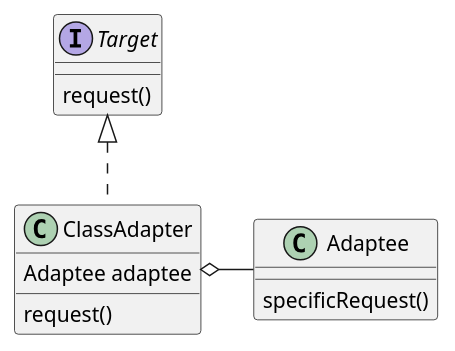
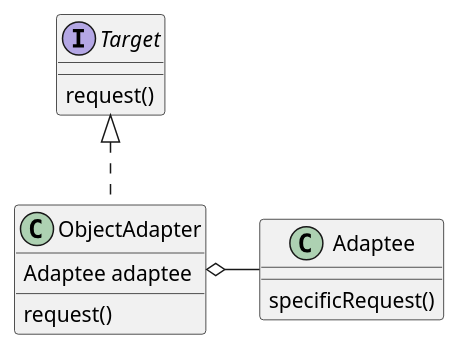
The diagram in DesignPatternlib/src/main/java/com/lhf/designpatternlib/adapter/object_adapter.puml (Joshua-Lu/MyStudyApp), drawn with PlantUML before and after one commit. The commit also changed 30 other files, not shown here.

```diff
--- a/DesignPatternlib/src/main/java/com/lhf/designpatternlib/adapter/object_adapter.puml
+++ b/DesignPatternlib/src/main/java/com/lhf/designpatternlib/adapter/object_adapter.puml
@@ -1,13 +1,13 @@
 @startuml
 interface Target {
 request()
 }
 class Adaptee {
 specificRequest()
 }
-class ClassAdapter implements Target{
+class ObjectAdapter implements Target{
 Adaptee adaptee
 request()
 }
-ClassAdapter o- Adaptee
+ObjectAdapter o- Adaptee
 @enduml
```
